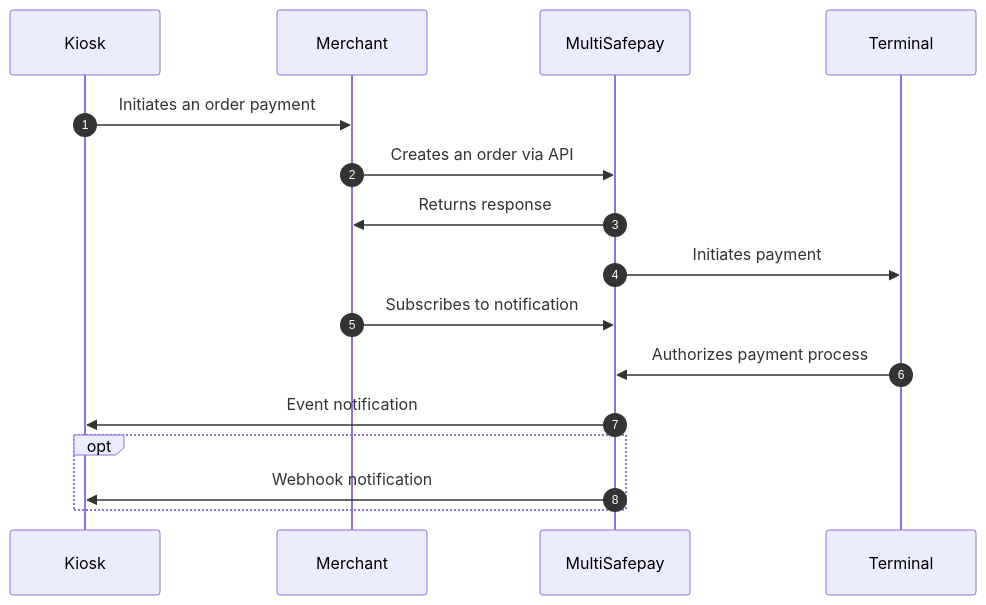
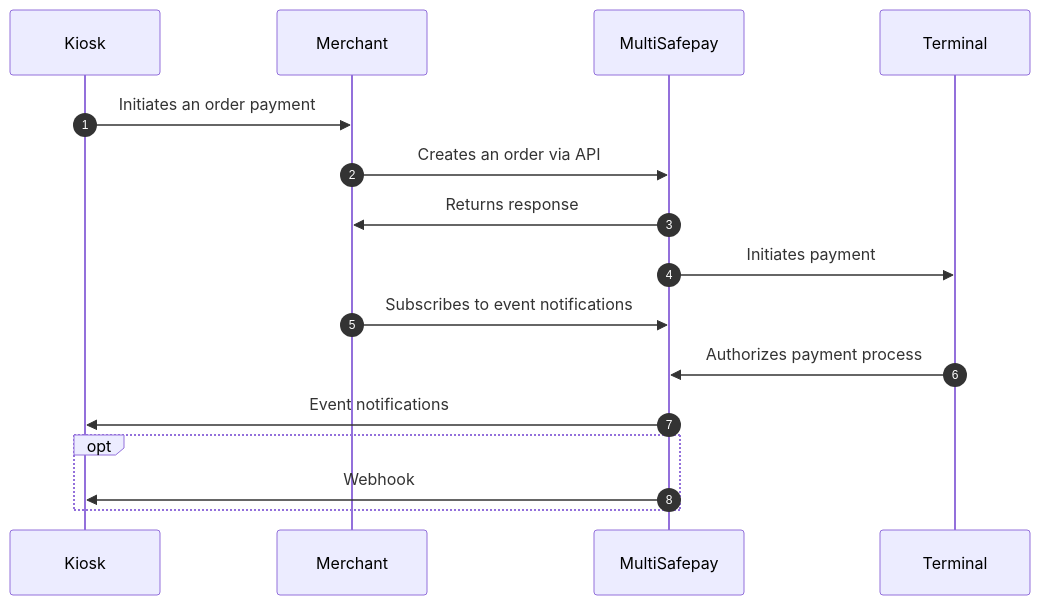
Before and after one commit to MultiSafepay/docs: the diagram in static/diagrams/src/cloud-POS-flow.mmd, drawn with Mermaid. The commit also changed other lines of this file and 10 other files, not shown here.

```diff
--- a/static/diagrams/src/cloud-POS-flow.mmd
+++ b/static/diagrams/src/cloud-POS-flow.mmd
@@ -1,18 +1,18 @@
 sequenceDiagram
 
     autonumber
     participant K as Kiosk
     participant M as Merchant 
     participant MSP as MultiSafepay
     participant T as Terminal
    
     K->>M: Initiates an order payment
     M->>MSP:Creates an order via API
     MSP->>M:Returns response
     MSP->>T: Initiates payment
-    M->>MSP: Subscribes to notification
+    M->>MSP: Subscribes to event notifications
     T->>MSP: Authorizes payment process
-    MSP->>K: Event notification
+    MSP->>K: Event notifications
     opt 
-    MSP->>K: Webhook notification
+    MSP->>K: Webhook
     end
```
